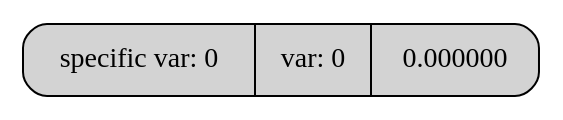
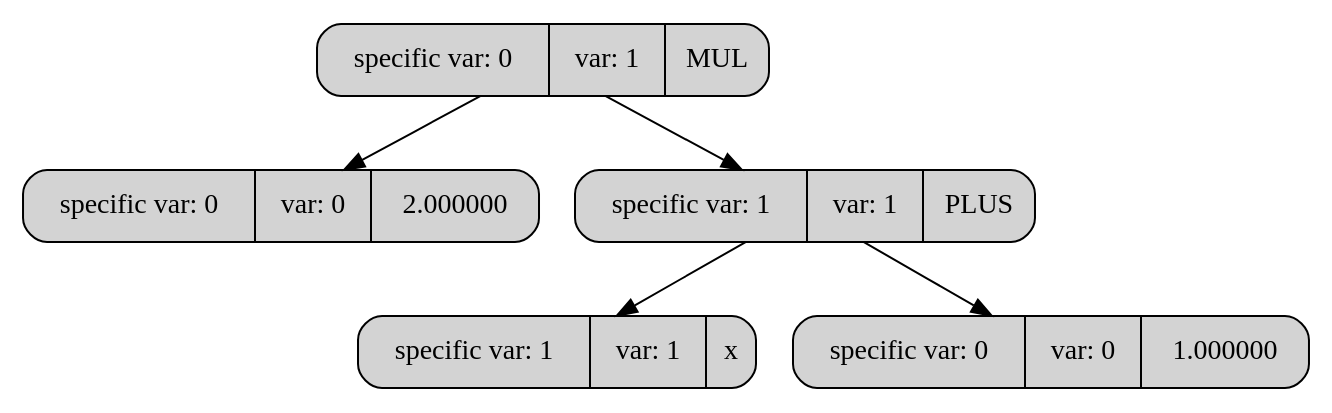
One commit to Matvey34545/Differintiator changed the diagram in dump/dump.dot. Above: the diagram before and after it, drawn with Graphviz. The commit also changed 11 other files, not shown here.

```diff
--- a/dump/dump.dot
+++ b/dump/dump.dot
@@ -1,5 +1,13 @@
 digraph list{
 rankdir = HR
-node0000017f6de916e0 [shape=Mrecord, style="filled",  label = "specific var: 0 | var: 0 |0.000000"]
+node0000027b4a351740 [shape=Mrecord, style="filled",  label = "specific var: 0 | var: 1 |MUL"]
+node0000027b4a356b00 [shape=Mrecord, style="filled",  label = "specific var: 0 | var: 0 |2.000000"]
+node0000027b4a356960 [shape=Mrecord, style="filled",  label = "specific var: 1 | var: 1 |PLUS"]
+node0000027b4a356b40 [shape=Mrecord, style="filled",  label = "specific var: 1 | var: 1 |x"]
+node0000027b4a356ae0 [shape=Mrecord, style="filled",  label = "specific var: 0 | var: 0 |1.000000"]
 edge[color=black]
+node0000027b4a351740->node0000027b4a356b00
+node0000027b4a351740->node0000027b4a356960
+node0000027b4a356960->node0000027b4a356b40
+node0000027b4a356960->node0000027b4a356ae0
 }
```
